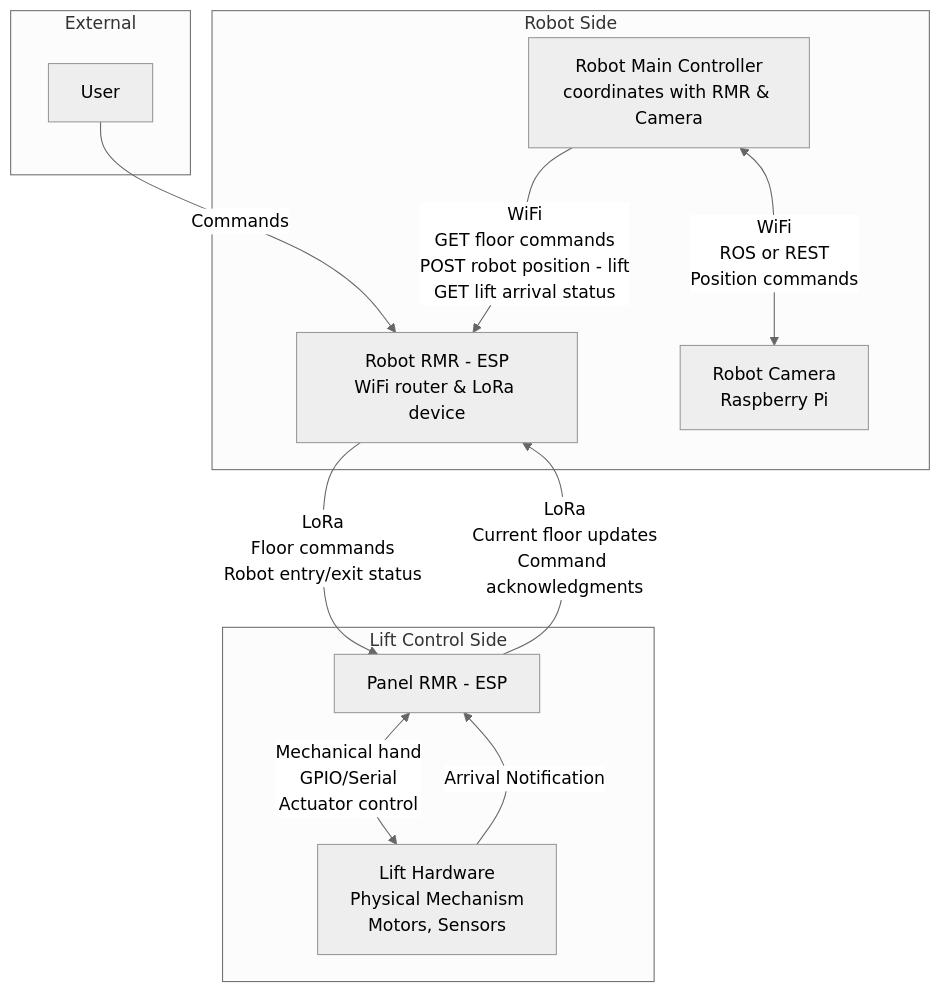
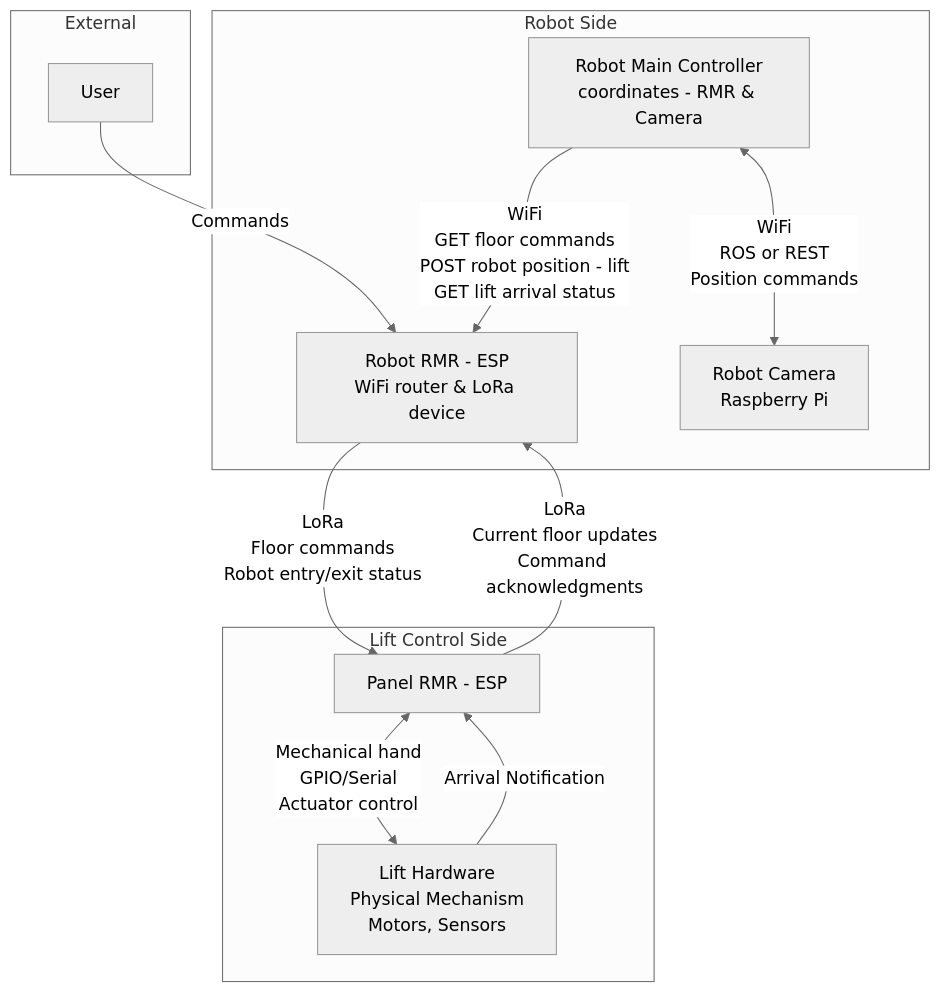
One commit to in-is-ah/rmr changed the first of 2 diagrams in sequence_diagram.md. Above: the diagram before and after it, drawn with Mermaid (neutral theme).

Commit message:
Update Robot Main Controller description in diagram

````diff
--- a/sequence_diagram.md
+++ b/sequence_diagram.md
@@ -5,25 +5,25 @@
 ```mermaid
 graph TB
     subgraph "External"
         User[User]
     end
     
     subgraph "Robot Side"
         RobotRMR[Robot RMR - ESP<br/>WiFi router & LoRa device]
-        RobotMainController[Robot Main Controller<br/>coordinates with RMR & Camera]
+        RobotMainController[Robot Main Controller<br/>coordinates - RMR & Camera]
         RobotCamera[Robot Camera<br/>Raspberry Pi]
     end
     
     subgraph "Lift Control Side"
         PanelRMR[Panel RMR - ESP]
         LiftHardware[Lift Hardware<br/>Physical Mechanism<br/>Motors, Sensors]
     end
     
     User -->|Commands| RobotRMR
     RobotMainController -->|WiFi<br/>GET floor commands<br/>POST robot position - lift<br/>GET lift arrival status| RobotRMR
     RobotMainController <-->|WiFi<br/>ROS or REST<br/>Position commands| RobotCamera
     RobotRMR -->|LoRa<br/>Floor commands<br/>Robot entry/exit status| PanelRMR
     PanelRMR -->|LoRa<br/>Current floor updates<br/>Command acknowledgments| RobotRMR
     PanelRMR <-->|Mechanical hand<br/>GPIO/Serial<br/>Actuator control| LiftHardware
     LiftHardware -->|Arrival Notification| PanelRMR
 ```
````
